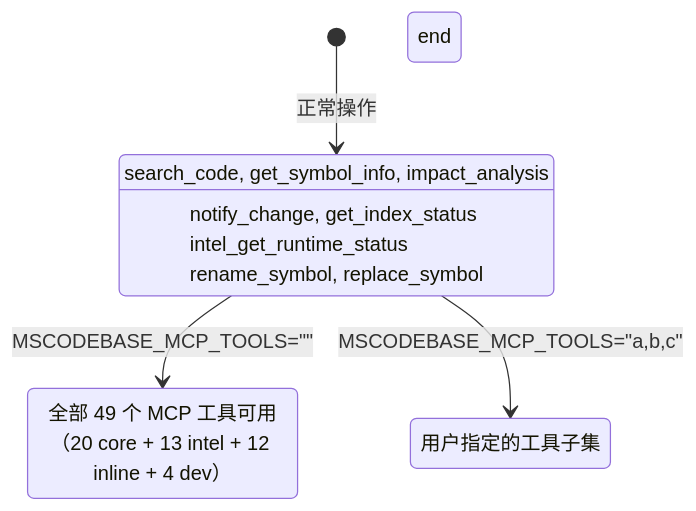
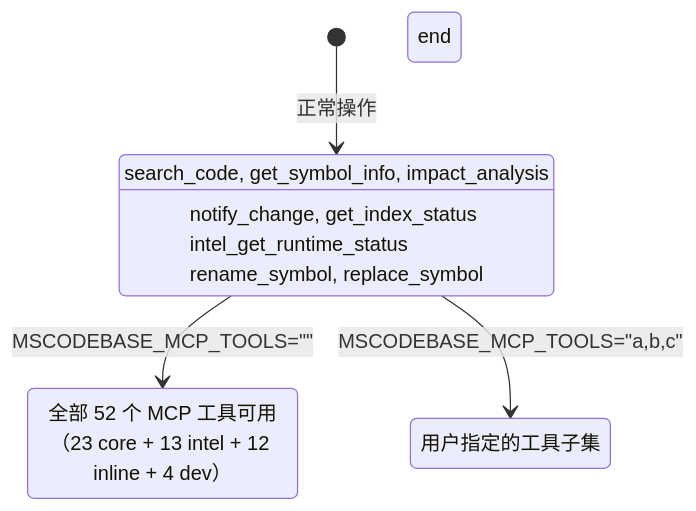
One commit to ManSio/mscodebase-intelligence changed the third of 4 diagrams in docs/zh/GRACEFUL_DEGRADATION.md. Above: the diagram before and after it, drawn with Mermaid. The commit also changed 43 other files, not shown here.

````diff
--- a/docs/zh/GRACEFUL_DEGRADATION.md
+++ b/docs/zh/GRACEFUL_DEGRADATION.md
@@ -83,22 +83,22 @@
 ```mermaid
 stateDiagram-v2
     [*] --> DEFAULT_TOOLS: 正常操作
 
     state DEFAULT_TOOLS[可见: 12 个工具]
         DEFAULT_TOOLS: search_code, get_symbol_info, impact_analysis
         DEFAULT_TOOLS: notify_change, get_index_status
         DEFAULT_TOOLS: intel_get_runtime_status
         DEFAULT_TOOLS: rename_symbol, replace_symbol
     end
 
     DEFAULT_TOOLS --> ALL_TOOLS: MSCODEBASE_MCP_TOOLS=""
     DEFAULT_TOOLS --> CUSTOM_TOOLS: MSCODEBASE_MCP_TOOLS="a,b,c"
 
-    state ALL_TOOLS[可见: 49 个工具]
-        ALL_TOOLS: 全部 49 个 MCP 工具可用（20 core + 13 intel + 12 inline + 4 dev）
+    state ALL_TOOLS[可见: 52 个工具]
+        ALL_TOOLS: 全部 52 个 MCP 工具可用（23 core + 13 intel + 12 inline + 4 dev）
     end
 
     state CUSTOM_TOOLS[自定义选择]
         CUSTOM_TOOLS: 用户指定的工具子集
     end
 ```
````
